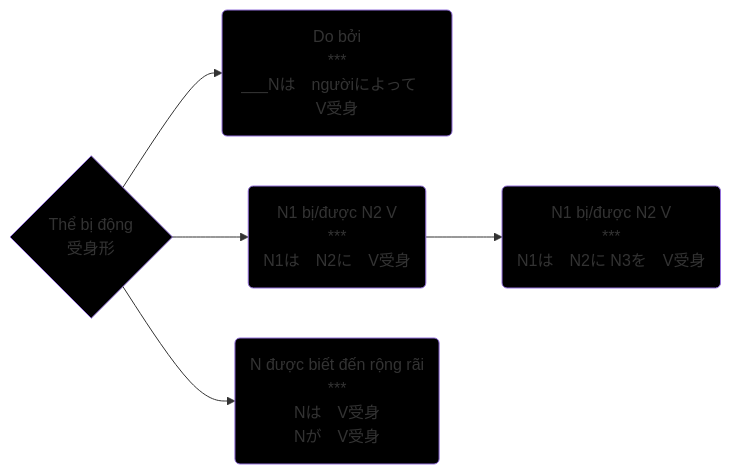
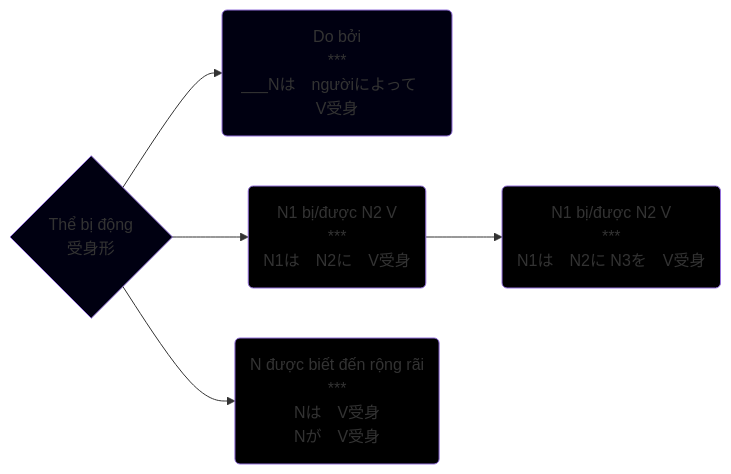
Before and after one commit to tea1504/learn: the diagram in The/受身形.md, drawn with Mermaid. The commit also changed 16 other files, not shown here.

````diff
--- a/The/受身形.md
+++ b/The/受身形.md
@@ -2,16 +2,16 @@
 ```mermaid
 graph LR;
     V{Thể bị động\n受身形}
 
     V-->doBoi(Do bởi\n***\n___Nは　ngườiによって　V受身)
     V-->N1BiDuocN2V(N1 bị/được N2 V\n***\nN1は　N2に　V受身)
     N1BiDuocN2V-->N1BiDuocN2V2(N1 bị/được N2 V\n***\nN1は　N2に N3を　V受身)
     V-->bietDenRongRai(N được biết đến rộng rãi\n***\nNは　V受身\nNが　V受身)
 
 
-    style V fill:#000
-    style doBoi fill:#000
+    style V fill:#001
+    style doBoi fill:#001
     style N1BiDuocN2V fill:#000
     style N1BiDuocN2V2 fill:#000
     style bietDenRongRai fill:#000
 ```
````
